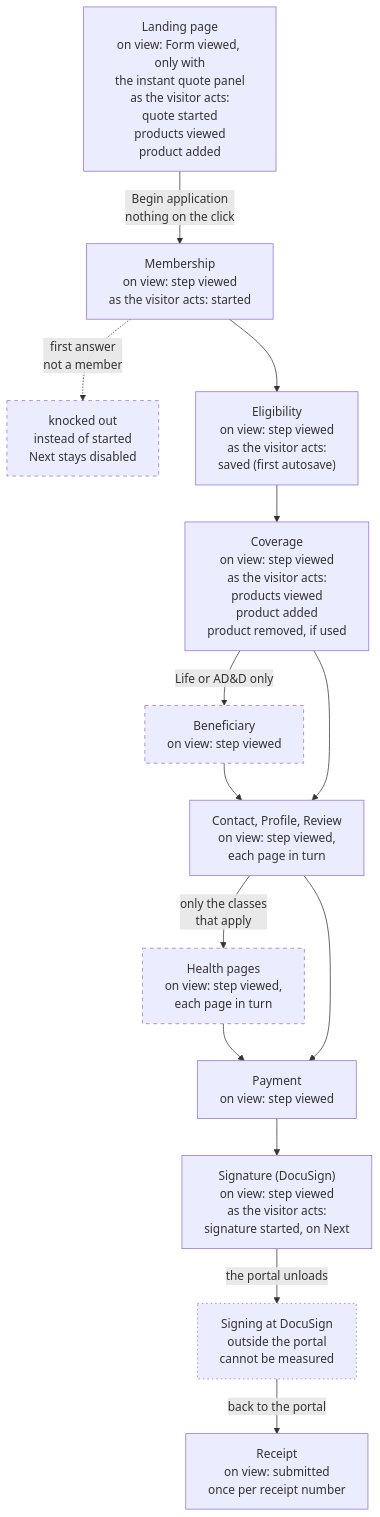
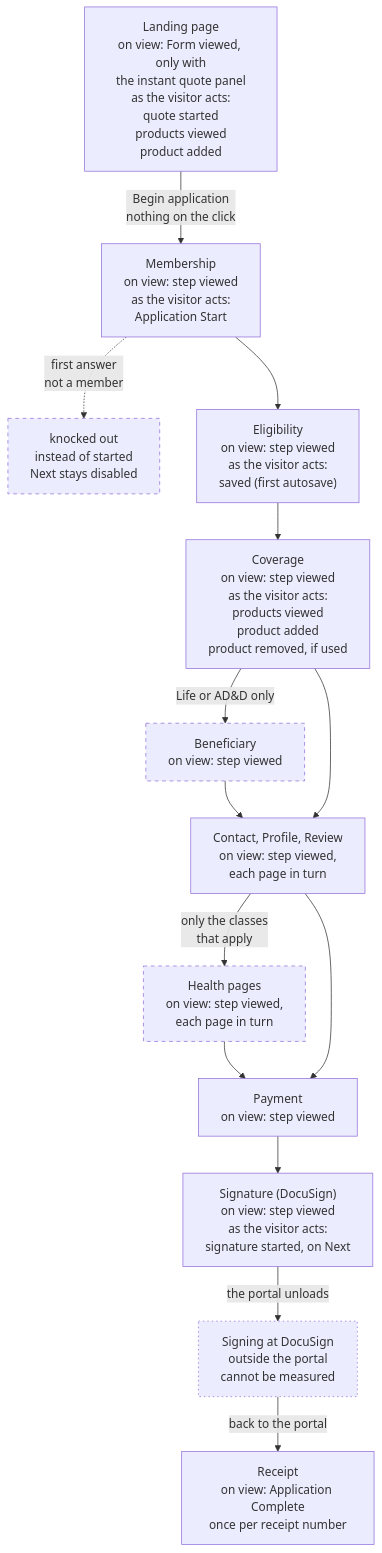
The first of 2 diagrams in application-journey.md (further-external/client-nyl-gmad-dl-spec), drawn with Mermaid before and after one commit. The commit also changed other lines of this file and 12 other files, not shown here.

````diff
--- a/application-journey.md
+++ b/application-journey.md
@@ -14,33 +16,33 @@
 ```mermaid
 flowchart TD
   L["Landing page<br/>on view: Form viewed, only with<br/>the instant quote panel<br/>as the visitor acts:<br/>quote started<br/>products viewed<br/>product added"]
-  M["Membership<br/>on view: step viewed<br/>as the visitor acts: started"]
+  M["Membership<br/>on view: step viewed<br/>as the visitor acts:<br/>Application Start"]
   KO["knocked out<br/>instead of started<br/>Next stays disabled"]
   E["Eligibility<br/>on view: step viewed<br/>as the visitor acts:<br/>saved (first autosave)"]
   C["Coverage<br/>on view: step viewed<br/>as the visitor acts:<br/>products viewed<br/>product added<br/>product removed, if used"]
   B["Beneficiary<br/>on view: step viewed"]
   CPR["Contact, Profile, Review<br/>on view: step viewed,<br/>each page in turn"]
   H["Health pages<br/>on view: step viewed,<br/>each page in turn"]
   PAY["Payment<br/>on view: step viewed"]
   DS["Signature (DocuSign)<br/>on view: step viewed<br/>as the visitor acts:<br/>signature started, on Next"]
   SIGN["Signing at DocuSign<br/>outside the portal<br/>cannot be measured"]
-  RC["Receipt<br/>on view: submitted<br/>once per receipt number"]
+  RC["Receipt<br/>on view: Application Complete<br/>once per receipt number"]
 
   L -->|"Begin application<br/>nothing on the click"| M
   M -.->|"first answer<br/>not a member"| KO
   M --> E --> C
   C -->|"Life or AD#amp;D only"| B
   B --> CPR
   C --> CPR
   CPR -->|"only the classes<br/>that apply"| H
   H --> PAY
   CPR --> PAY
   PAY --> DS
   DS -->|"the portal unloads"| SIGN
   SIGN -->|"back to the portal"| RC
 
   classDef conditional stroke-dasharray: 5 5
   classDef offportal stroke-dasharray: 2 4
   class B,H,KO conditional
   class SIGN offportal
 ```
````
